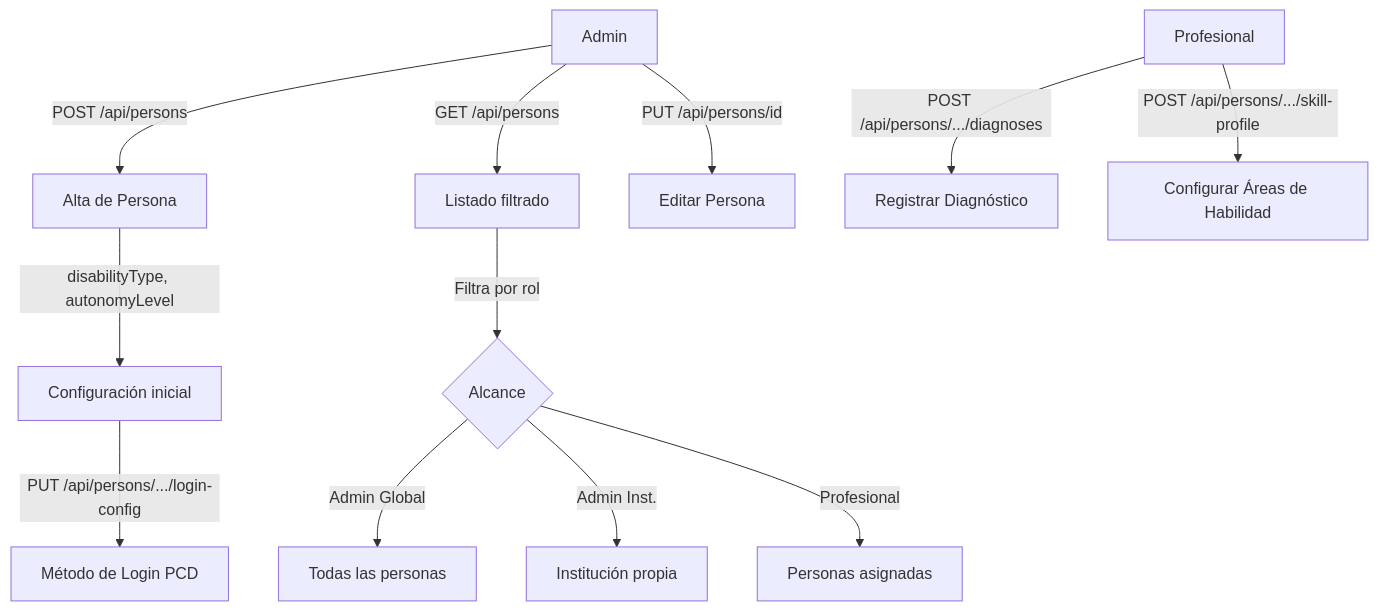
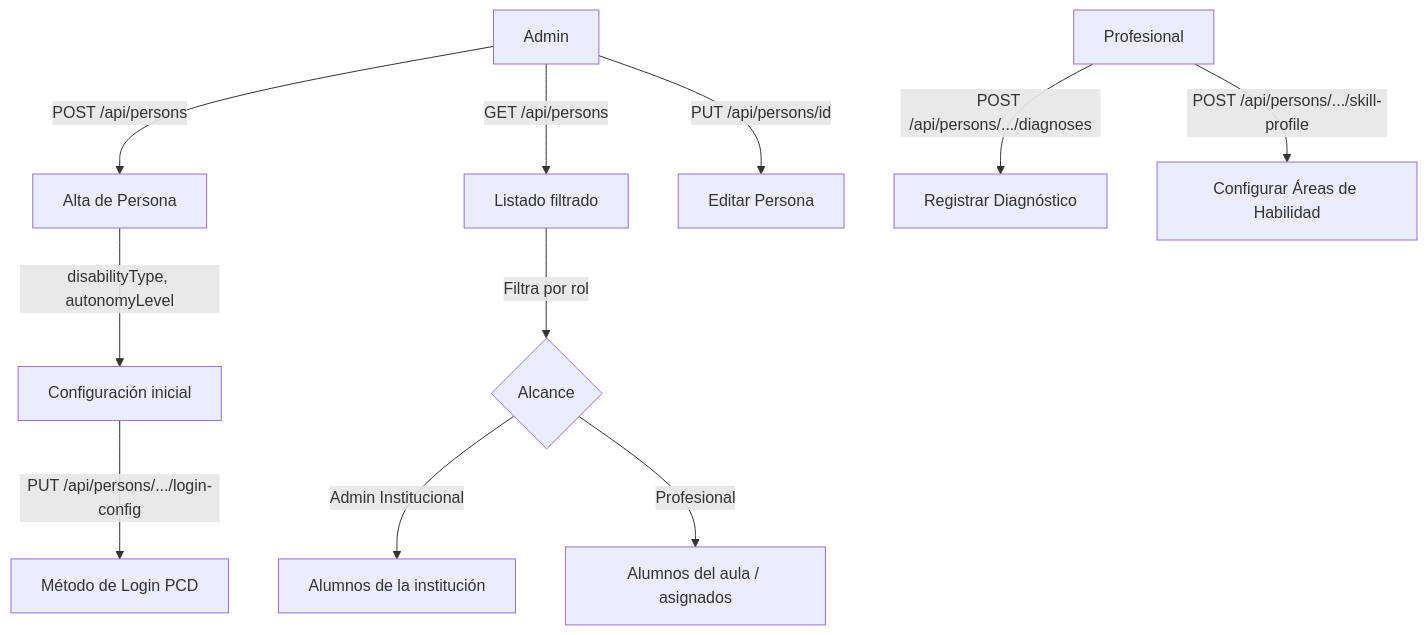
The diagram in InclusiON.Documents/Process/04-gestion-personas.md (Sacha-html/InclusiON), drawn with Mermaid before and after one commit. The commit also changed other lines of this file and 138 other files, not shown here.

Commit message:
docs: actualizacion integral de sprints 1-12, ABMs sin CUE, remocion admin global y catalogos institucionales

````diff
--- a/InclusiON.Documents/Process/04-gestion-personas.md
+++ b/InclusiON.Documents/Process/04-gestion-personas.md
@@ -68,17 +67,16 @@
 ```mermaid
 flowchart TD
     ADM[Admin] -->|POST /api/persons| ALTA[Alta de Persona]
     ALTA -->|disabilityType, autonomyLevel| CONFIG[Configuración inicial]
     CONFIG -->|PUT /api/persons/.../login-config| LOGIN_CFG[Método de Login PCD]
 
     ADM -->|GET /api/persons| LIST[Listado filtrado]
     ADM -->|PUT /api/persons/id| EDIT[Editar Persona]
 
     PROF[Profesional] -->|POST /api/persons/.../diagnoses| DIAG[Registrar Diagnóstico]
     PROF -->|POST /api/persons/.../skill-profile| SKILL[Configurar Áreas de Habilidad]
 
     LIST -->|Filtra por rol| SCOPE{Alcance}
-    SCOPE -->|Admin Global| ALL[Todas las personas]
-    SCOPE -->|Admin Inst.| INST[Institución propia]
-    SCOPE -->|Profesional| ASSIGNED[Personas asignadas]
+    SCOPE -->|Admin Institucional| ALL[Alumnos de la institución]
+    SCOPE -->|Profesional| ASSIGNED[Alumnos del aula / asignados]
 ```
````
